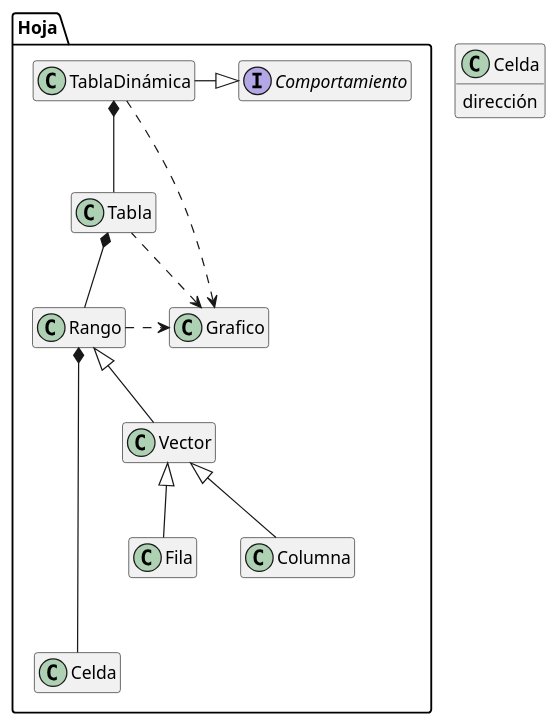
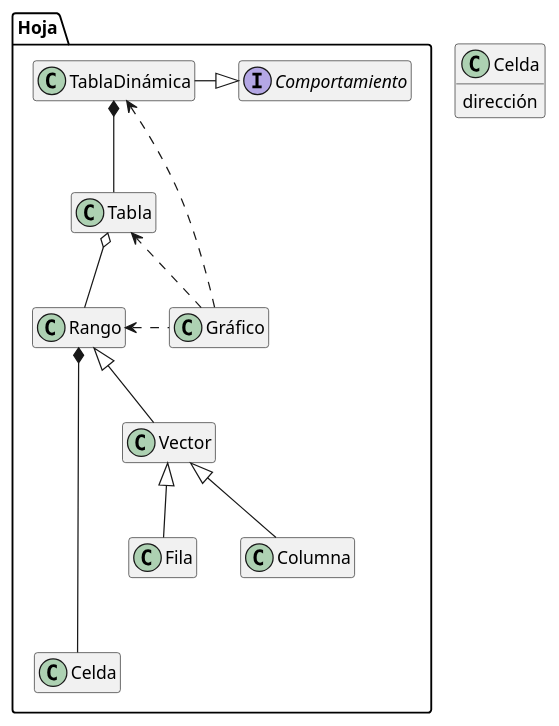
One commit to mmasias/hdC changed the diagram in docs/UMLdocs/esquema000.puml. Above: the diagram before and after it, drawn with PlantUML.

```diff
--- a/docs/UMLdocs/esquema000.puml
+++ b/docs/UMLdocs/esquema000.puml
@@ -1,19 +1,19 @@
 hide empty members
 
 package Hoja {
     interface Comportamiento
     Rango *-d--- Celda
     Rango <|-- Vector 
     Vector <|-- Fila
     Vector <|-- Columna
-    Tabla *-d- Rango
+    Tabla o-d- Rango
     TablaDinámica *-d- Tabla
     TablaDinámica -r-|> Comportamiento
-    Grafico <.l. Rango
-    Grafico <.. Tabla
-    Grafico <.. TablaDinámica
+    Gráfico .l.> Rango
+    Gráfico ..> Tabla
+    Gráfico ..> TablaDinámica
 }
 
 class Celda{
     dirección
 }
```
